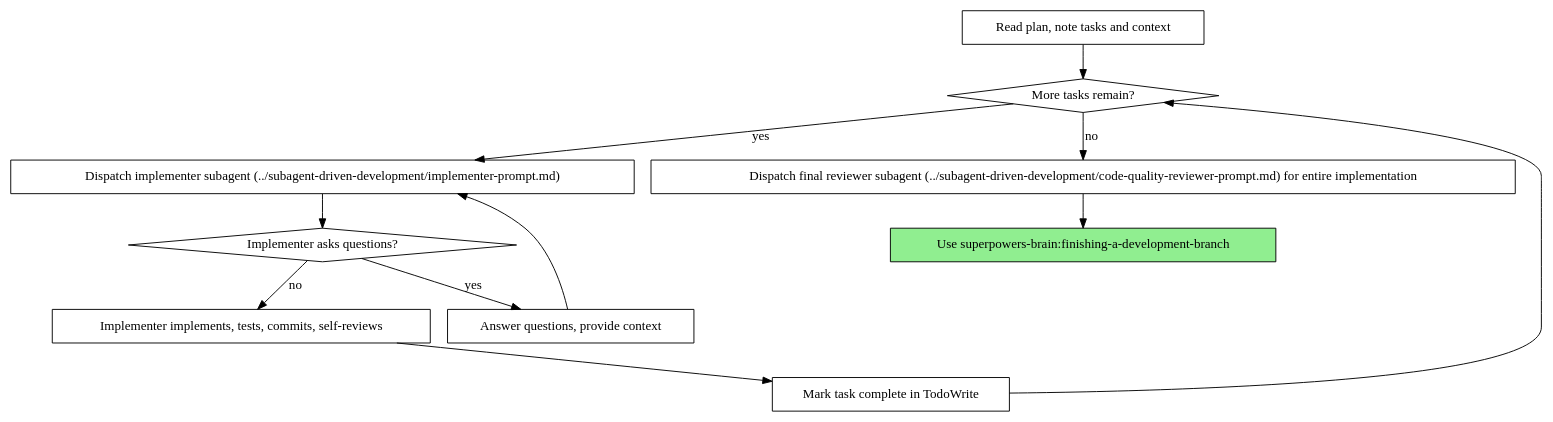
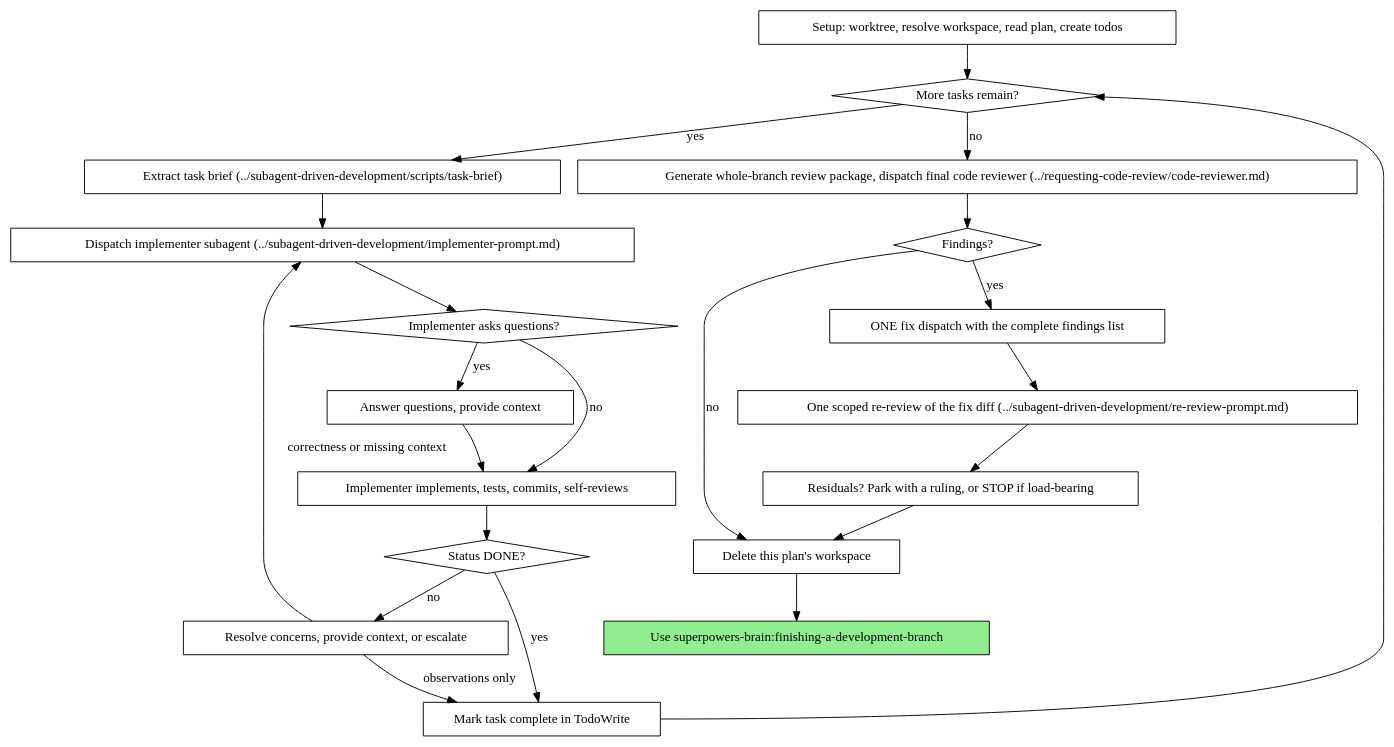
Before and after one commit to Rob-Morris/agent-skills: the second of 2 diagrams in superpowers-brain/subagent-driven-development-light/SKILL.md, drawn with Graphviz. The commit also changed other lines of this file and 43 other files, not shown here.

Commit message:
Sync superpowers-brain to upstream v6.2.0 (Brain-adapted)

````diff
--- a/superpowers-brain/subagent-driven-development-light/SKILL.md
+++ b/superpowers-brain/subagent-driven-development-light/SKILL.md
@@ -44,26 +44,45 @@
 ```dot
 digraph process {
     rankdir=TB;
 
-    "Read plan, note tasks and context" [shape=box];
+    "Setup: worktree, resolve workspace, read plan, create todos" [shape=box];
     "More tasks remain?" [shape=diamond];
+    "Extract task brief (../subagent-driven-development/scripts/task-brief)" [shape=box];
     "Dispatch implementer subagent (../subagent-driven-development/implementer-prompt.md)" [shape=box];
     "Implementer asks questions?" [shape=diamond];
     "Answer questions, provide context" [shape=box];
     "Implementer implements, tests, commits, self-reviews" [shape=box];
+    "Status DONE?" [shape=diamond];
+    "Resolve concerns, provide context, or escalate" [shape=box];
     "Mark task complete in TodoWrite" [shape=box];
-    "Dispatch final reviewer subagent (../subagent-driven-development/code-quality-reviewer-prompt.md) for entire implementation" [shape=box];
+    "Generate whole-branch review package, dispatch final code reviewer (../requesting-code-review/code-reviewer.md)" [shape=box];
+    "Findings?" [shape=diamond];
+    "ONE fix dispatch with the complete findings list" [shape=box];
+    "One scoped re-review of the fix diff (../subagent-driven-development/re-review-prompt.md)" [shape=box];
+    "Residuals? Park with a ruling, or STOP if load-bearing" [shape=box];
+    "Delete this plan's workspace" [shape=box];
     "Use superpowers-brain:finishing-a-development-branch" [shape=box style=filled fillcolor=lightgreen];
 
-    "Read plan, note tasks and context" -> "More tasks remain?";
-    "More tasks remain?" -> "Dispatch implementer subagent (../subagent-driven-development/implementer-prompt.md)" [label="yes"];
+    "Setup: worktree, resolve workspace, read plan, create todos" -> "More tasks remain?";
+    "More tasks remain?" -> "Extract task brief (../subagent-driven-development/scripts/task-brief)" [label="yes"];
+    "Extract task brief (../subagent-driven-development/scripts/task-brief)" -> "Dispatch implementer subagent (../subagent-driven-development/implementer-prompt.md)";
     "Dispatch implementer subagent (../subagent-driven-development/implementer-prompt.md)" -> "Implementer asks questions?";
     "Implementer asks questions?" -> "Answer questions, provide context" [label="yes"];
-    "Answer questions, provide context" -> "Dispatch implementer subagent (../subagent-driven-development/implementer-prompt.md)";
+    "Answer questions, provide context" -> "Implementer implements, tests, commits, self-reviews";
     "Implementer asks questions?" -> "Implementer implements, tests, commits, self-reviews" [label="no"];
-    "Implementer implements, tests, commits, self-reviews" -> "Mark task complete in TodoWrite";
+    "Implementer implements, tests, commits, self-reviews" -> "Status DONE?";
+    "Status DONE?" -> "Mark task complete in TodoWrite" [label="yes"];
+    "Status DONE?" -> "Resolve concerns, provide context, or escalate" [label="no"];
+    "Resolve concerns, provide context, or escalate" -> "Dispatch implementer subagent (../subagent-driven-development/implementer-prompt.md)" [label="correctness or missing context"];
+    "Resolve concerns, provide context, or escalate" -> "Mark task complete in TodoWrite" [label="observations only"];
     "Mark task complete in TodoWrite" -> "More tasks remain?";
-    "More tasks remain?" -> "Dispatch final reviewer subagent (../subagent-driven-development/code-quality-reviewer-prompt.md) for entire implementation" [label="no"];
-    "Dispatch final reviewer subagent (../subagent-driven-development/code-quality-reviewer-prompt.md) for entire implementation" -> "Use superpowers-brain:finishing-a-development-branch";
+    "More tasks remain?" -> "Generate whole-branch review package, dispatch final code reviewer (../requesting-code-review/code-reviewer.md)" [label="no"];
+    "Generate whole-branch review package, dispatch final code reviewer (../requesting-code-review/code-reviewer.md)" -> "Findings?";
+    "Findings?" -> "ONE fix dispatch with the complete findings list" [label="yes"];
+    "ONE fix dispatch with the complete findings list" -> "One scoped re-review of the fix diff (../subagent-driven-development/re-review-prompt.md)";
+    "One scoped re-review of the fix diff (../subagent-driven-development/re-review-prompt.md)" -> "Residuals? Park with a ruling, or STOP if load-bearing";
+    "Residuals? Park with a ruling, or STOP if load-bearing" -> "Delete this plan's workspace";
+    "Findings?" -> "Delete this plan's workspace" [label="no"];
+    "Delete this plan's workspace" -> "Use superpowers-brain:finishing-a-development-branch";
 }
 ```
````
